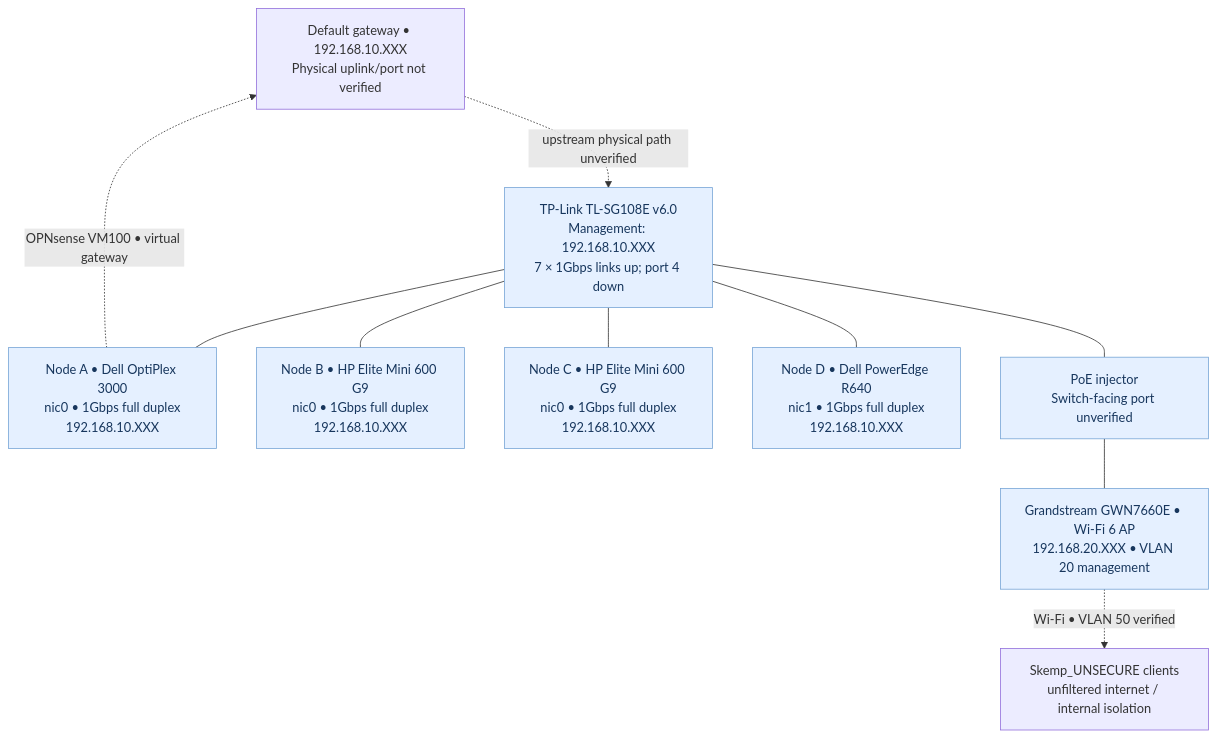
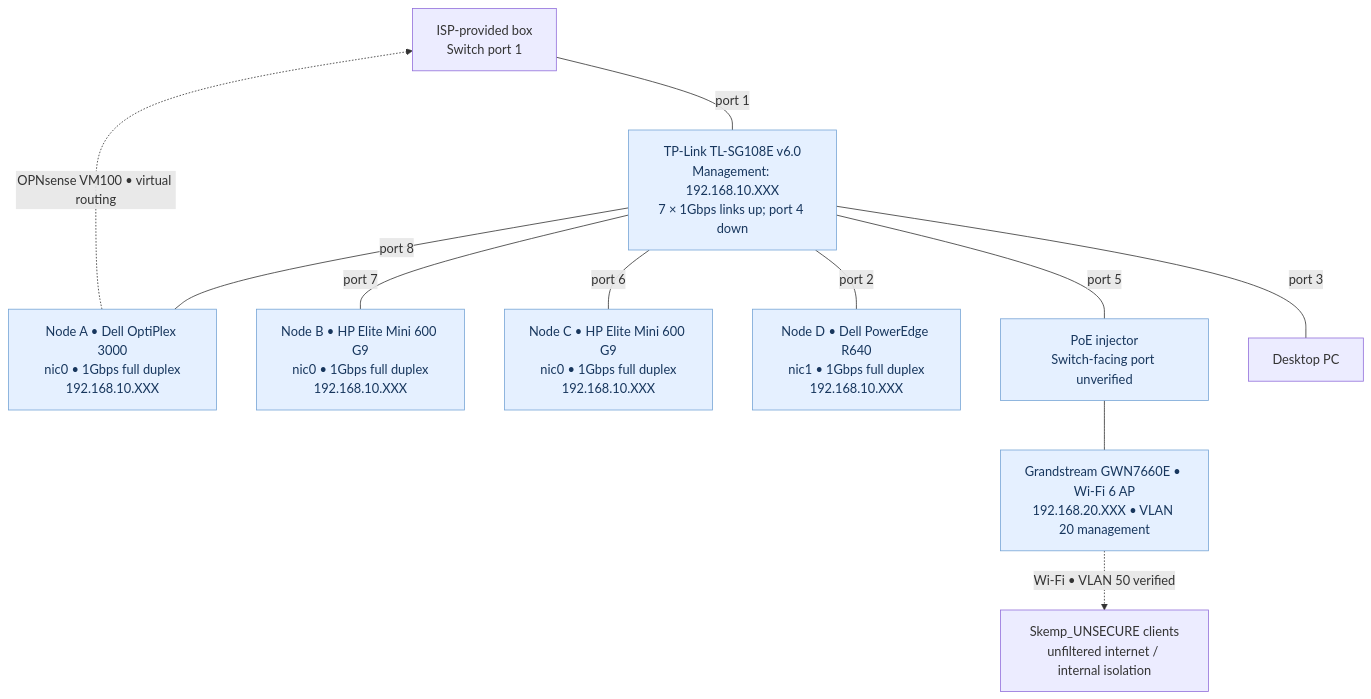
One commit to samuelkemp1619/HOMELAB-PORTFOLIO changed the second of 3 diagrams in network/diagrams/README.md. Above: the diagram before and after it, drawn with Mermaid. The commit also changed other lines of this file, not shown here.

Commit message:
Document operator-confirmed TP-Link switch port connections and physical topology

````diff
--- a/network/diagrams/README.md
+++ b/network/diagrams/README.md
@@ -58,16 +58,17 @@
 ```mermaid
 flowchart TB
-    GW["Default gateway • 192.168.10.XXX<br/>Physical uplink/port not verified"]
+    GW["ISP-provided box<br/>Switch port 1"]
     SW["TP-Link TL-SG108E v6.0<br/>Management: 192.168.10.XXX<br/>7 × 1Gbps links up; port 4 down"]
-    GW -. "upstream physical path unverified" .-> SW
-    SW --- H1["Node A • Dell OptiPlex 3000<br/>nic0 • 1Gbps full duplex<br/>192.168.10.XXX"]
-    SW --- H2["Node B • HP Elite Mini 600 G9<br/>nic0 • 1Gbps full duplex<br/>192.168.10.XXX"]
-    SW --- H3["Node C • HP Elite Mini 600 G9<br/>nic0 • 1Gbps full duplex<br/>192.168.10.XXX"]
-    SW --- H4["Node D • Dell PowerEdge R640<br/>nic1 • 1Gbps full duplex<br/>192.168.10.XXX"]
-    SW --- POE["PoE injector<br/>Switch-facing port unverified"]
+    GW ---|"port 1"| SW
+    SW ---|"port 8"| H1["Node A • Dell OptiPlex 3000<br/>nic0 • 1Gbps full duplex<br/>192.168.10.XXX"]
+    SW ---|"port 7"| H2["Node B • HP Elite Mini 600 G9<br/>nic0 • 1Gbps full duplex<br/>192.168.10.XXX"]
+    SW ---|"port 6"| H3["Node C • HP Elite Mini 600 G9<br/>nic0 • 1Gbps full duplex<br/>192.168.10.XXX"]
+    SW ---|"port 2"| H4["Node D • Dell PowerEdge R640<br/>nic1 • 1Gbps full duplex<br/>192.168.10.XXX"]
+    SW ---|"port 5"| POE["PoE injector<br/>Switch-facing port unverified"]
     POE --- AP["Grandstream GWN7660E • Wi-Fi 6 AP<br/>192.168.20.XXX • VLAN 20 management"]
     AP -. "Wi-Fi • VLAN 50 verified" .-> WIFI["Skemp_UNSECURE clients<br/>unfiltered internet / internal isolation"]
-    H1 -. "OPNsense VM100 • virtual gateway" .-> GW
+    SW ---|"port 3"| DESKTOP["Desktop PC"]
+    H1 -. "OPNsense VM100 • virtual routing" .-> GW
     classDef device fill:#e5f0ff,color:#17365d,stroke:#77a5d6
     class SW,H1,H2,H3,H4,POE,AP device
 ```
````
